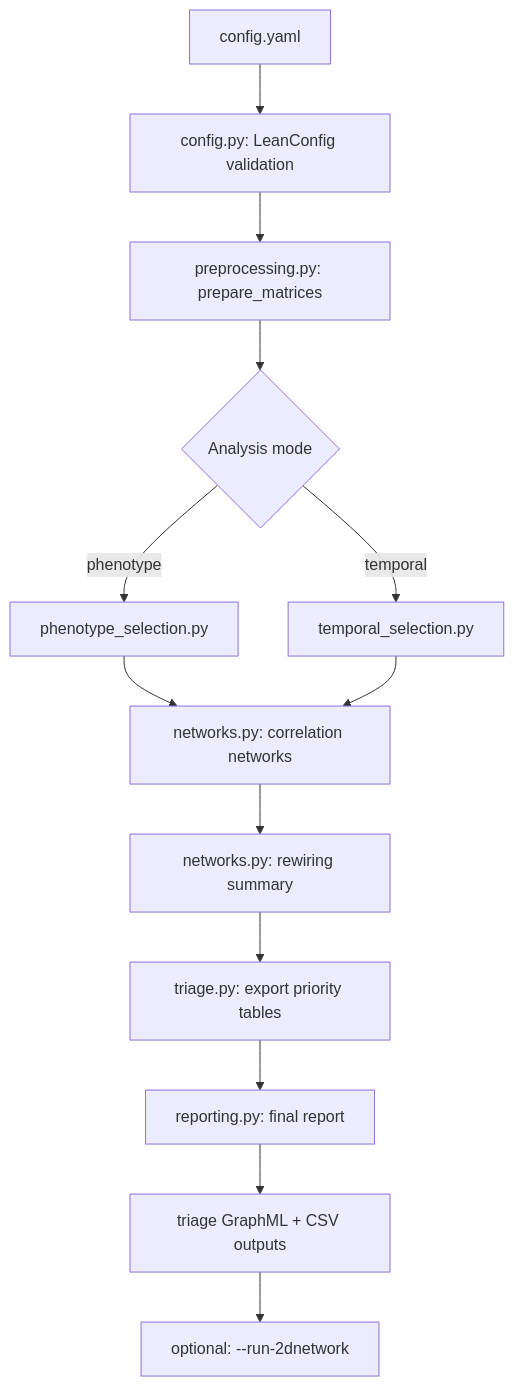
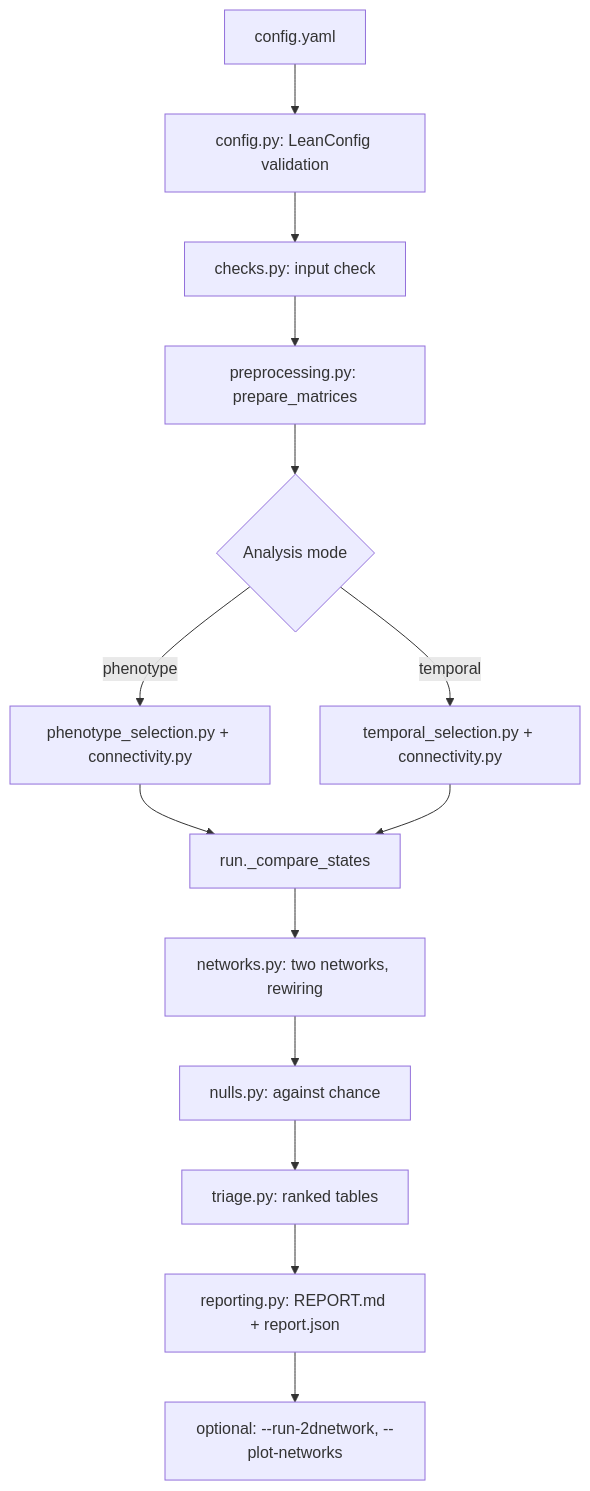
Before and after one commit to ldellavedova/PhenoRewire: the diagram in docs/architecture.md, drawn with Mermaid. The commit also changed other lines of this file and 81 other files, not shown here.

````diff
--- a/docs/architecture.md
+++ b/docs/architecture.md
@@ -38,15 +39,16 @@
 ```mermaid
 flowchart TD
     A[config.yaml] --> B[config.py: LeanConfig validation]
-    B --> C[preprocessing.py: prepare_matrices]
-    C --> D{Analysis mode}
-    D -->|phenotype| E[phenotype_selection.py]
-    D -->|temporal| F[temporal_selection.py]
-    E --> G[networks.py: correlation networks]
-    F --> G
-    G --> H[networks.py: rewiring summary]
-    H --> I[triage.py: export priority tables]
-    I --> J[reporting.py: final report]
-    J --> K[triage GraphML + CSV outputs]
-    K --> L[optional: --run-2dnetwork]
+    B --> C[checks.py: input check]
+    C --> D[preprocessing.py: prepare_matrices]
+    D --> E{Analysis mode}
+    E -->|phenotype| F[phenotype_selection.py + connectivity.py]
+    E -->|temporal| G[temporal_selection.py + connectivity.py]
+    F --> H[run._compare_states]
+    G --> H
+    H --> I[networks.py: two networks, rewiring]
+    I --> J[nulls.py: against chance]
+    J --> K[triage.py: ranked tables]
+    K --> L[reporting.py: REPORT.md + report.json]
+    L --> M[optional: --run-2dnetwork, --plot-networks]
 ```
````
